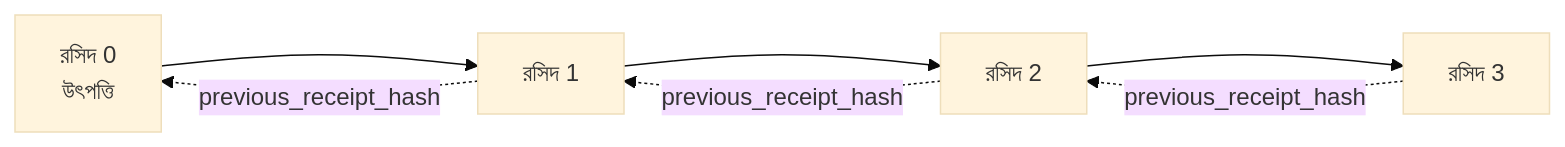
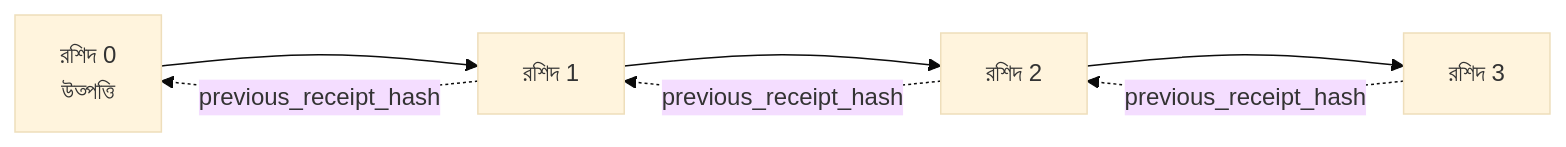
The second of 2 diagrams in translations/bn/18-securing-ai-agents/README.md (microsoft/ai-agents-for-beginners), drawn with Mermaid (base theme) before and after one commit. The commit also changed other lines of this file and 45 other files, not shown here.

````diff
--- a/translations/bn/18-securing-ai-agents/README.md
+++ b/translations/bn/18-securing-ai-agents/README.md
@@ -206,9 +203,9 @@
 ```mermaid
 flowchart LR
-    R0[রসিদ 0<br/>উৎপত্তি] --> R1[রসিদ 1]
-    R1 --> R2[রসিদ 2]
-    R2 --> R3[রসিদ 3]
+    R0[রশিদ 0<br/>উত্পত্তি] --> R1[রশিদ 1]
+    R1 --> R2[রশিদ 2]
+    R2 --> R3[রশিদ 3]
     R1 -. previous_receipt_hash .-> R0
     R2 -. previous_receipt_hash .-> R1
     R3 -. previous_receipt_hash .-> R2
 ```
````
